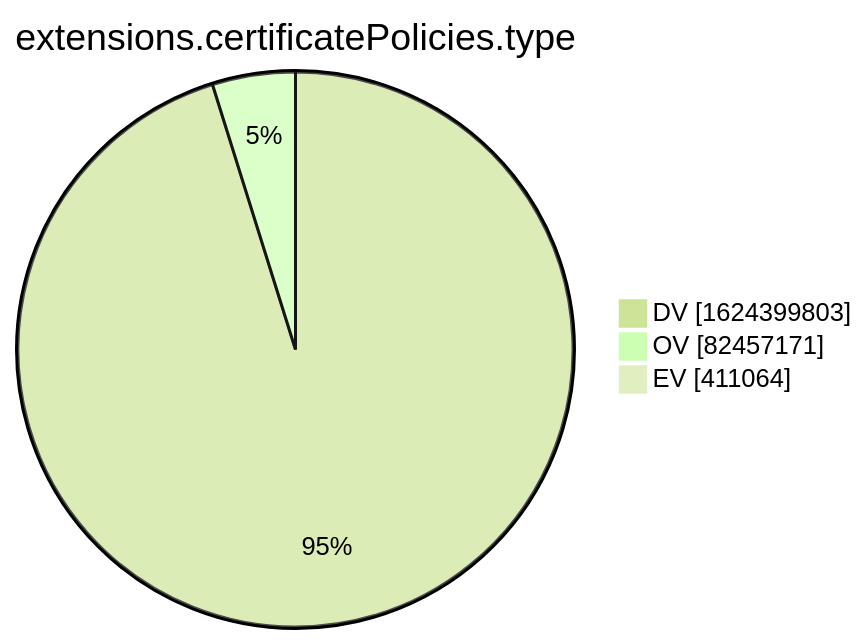
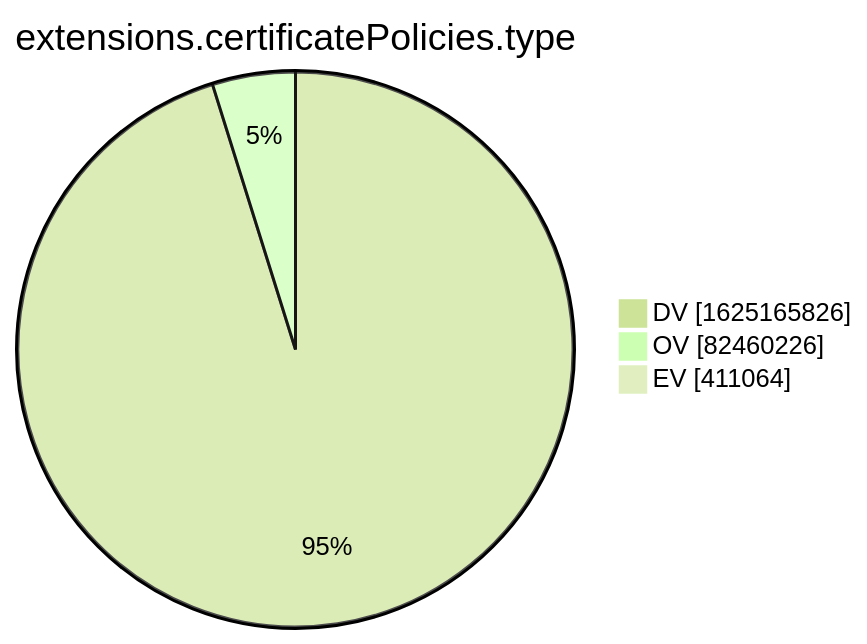
Before and after one commit to christiankrug/ctmonitor_visualization: the tenth of 15 diagrams in xenon2022/README.md, drawn with Mermaid (forest theme). The commit also changed other lines of this file, not shown here.

````diff
--- a/xenon2022/README.md
+++ b/xenon2022/README.md
@@ -2878,7 +2878,7 @@
 ```mermaid
 pie showData
 title extensions.certificatePolicies.type
-"DV" :1624399803
-"OV" :82457171
+"DV" :1625165826
+"OV" :82460226
 "EV" :411064
 ```
````
